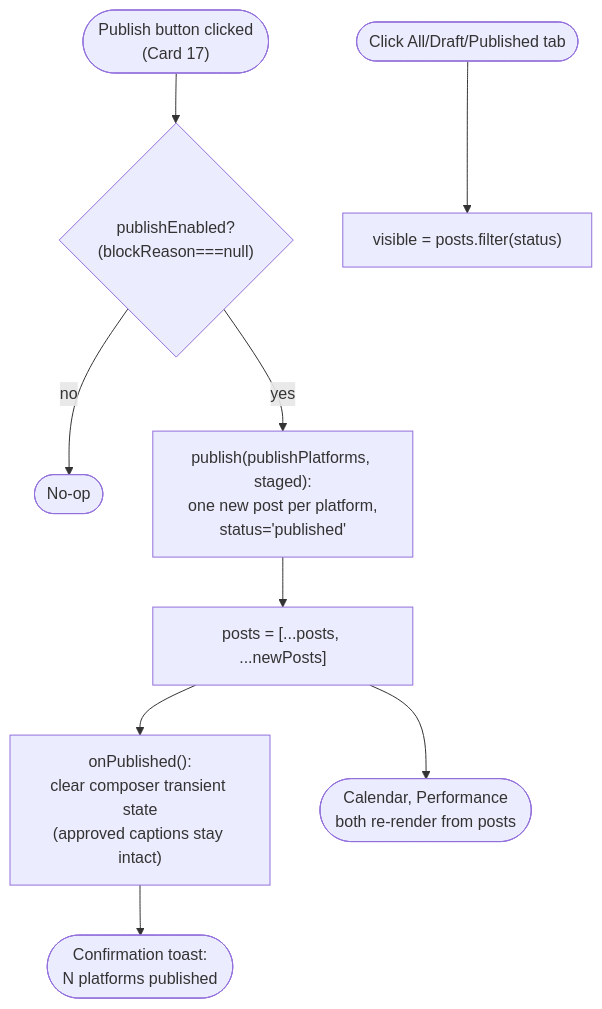
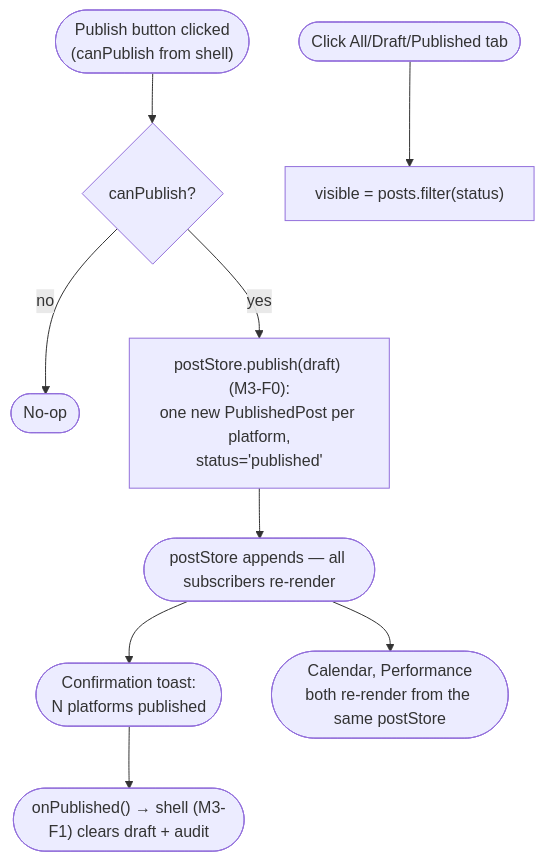
The diagram in docs/superpowers/plans/2026-08-10-ui-ux-overhaul-frontend/diagrams/cards/module-3/content-board-publish-action.mmd (SherieHub/CeView), drawn with Mermaid before and after one commit. The commit also changed 60 other files, not shown here.

```diff
--- a/docs/superpowers/plans/2026-08-10-ui-ux-overhaul-frontend/diagrams/cards/module-3/content-board-publish-action.mmd
+++ b/docs/superpowers/plans/2026-08-10-ui-ux-overhaul-frontend/diagrams/cards/module-3/content-board-publish-action.mmd
@@ -1,10 +1,10 @@
 flowchart TD
-  Click(["Publish button clicked\n(Card 17)"]) --> Enabled{"publishEnabled?\n(blockReason===null)"}
+  Click(["Publish button clicked\n(canPublish from shell)"]) --> Enabled{"canPublish?"}
   Enabled -->|no| NoOp(["No-op"])
-  Enabled -->|yes| Publish["publish(publishPlatforms, staged):\none new post per platform,\nstatus='published'"]
-  Publish --> Append["posts = [...posts, ...newPosts]"]
-  Append --> Reset["onPublished():\nclear composer transient state\n(approved captions stay intact)"]
-  Reset --> Toast(["Confirmation toast:\nN platforms published"])
-  Append --> Readers(["Calendar, Performance\nboth re-render from posts"])
+  Enabled -->|yes| Publish["postStore.publish(draft) (M3-F0):\none new PublishedPost per platform,\nstatus='published'"]
+  Publish --> Append(["postStore appends — all subscribers re-render"])
+  Append --> Toast(["Confirmation toast:\nN platforms published"])
+  Toast --> OnPublished(["onPublished() → shell (M3-F1) clears draft + audit"])
+  Append --> Readers(["Calendar, Performance\nboth re-render from the same postStore"])
 
   FilterClick(["Click All/Draft/Published tab"]) --> Filter["visible = posts.filter(status)"]
```
